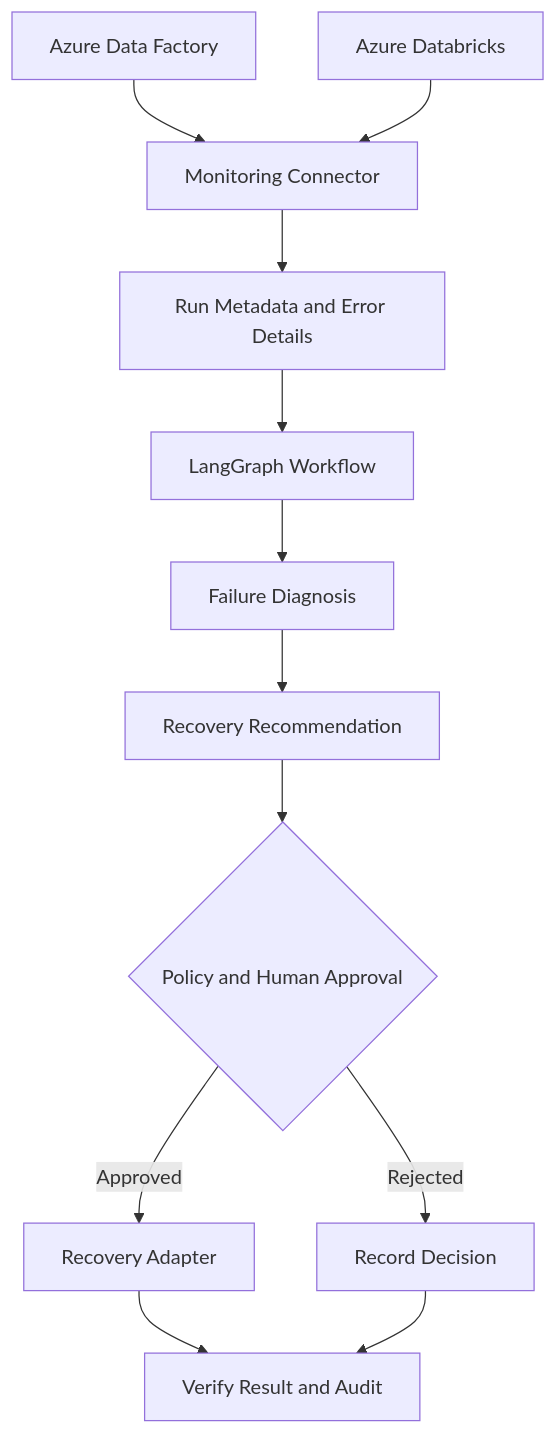
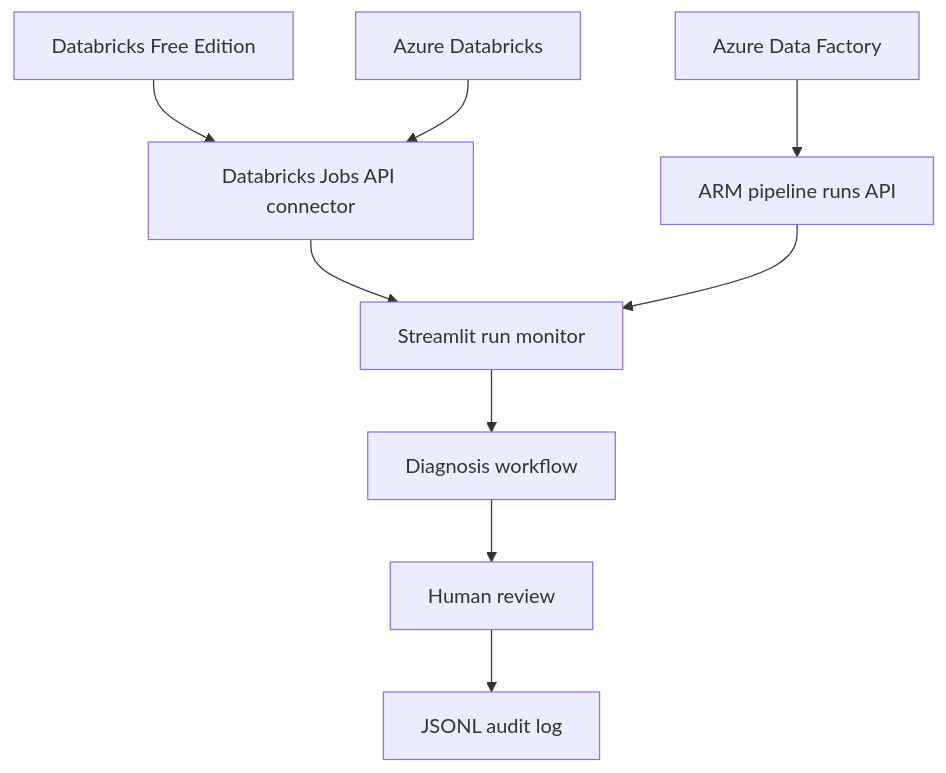
Before and after one commit to swapniltake1/DataPipelineIntelligence: the diagram in README.md, drawn with Mermaid. The commit also changed other lines of this file, not shown here.

Commit message:
Document Free Edition and Azure connector setup

````diff
--- a/README.md
+++ b/README.md
@@ -42,14 +17,11 @@
 ```mermaid
 flowchart TD
-    A[Azure Data Factory] --> C[Monitoring Connector]
+    A[Databricks Free Edition] --> C[Databricks Jobs API connector]
     B[Azure Databricks] --> C
-    C --> D[Run Metadata and Error Details]
-    D --> E[LangGraph Workflow]
-    E --> F[Failure Diagnosis]
-    F --> G[Recovery Recommendation]
-    G --> H{Policy and Human Approval}
-    H -->|Approved| I[Recovery Adapter]
-    H -->|Rejected| J[Record Decision]
-    I --> K[Verify Result and Audit]
-    J --> K
+    D[Azure Data Factory] --> E[ARM pipeline runs API]
+    C --> F[Streamlit run monitor]
+    E --> F
+    F --> G[Diagnosis workflow]
+    G --> H[Human review]
+    H --> I[JSONL audit log]
 ```
````
